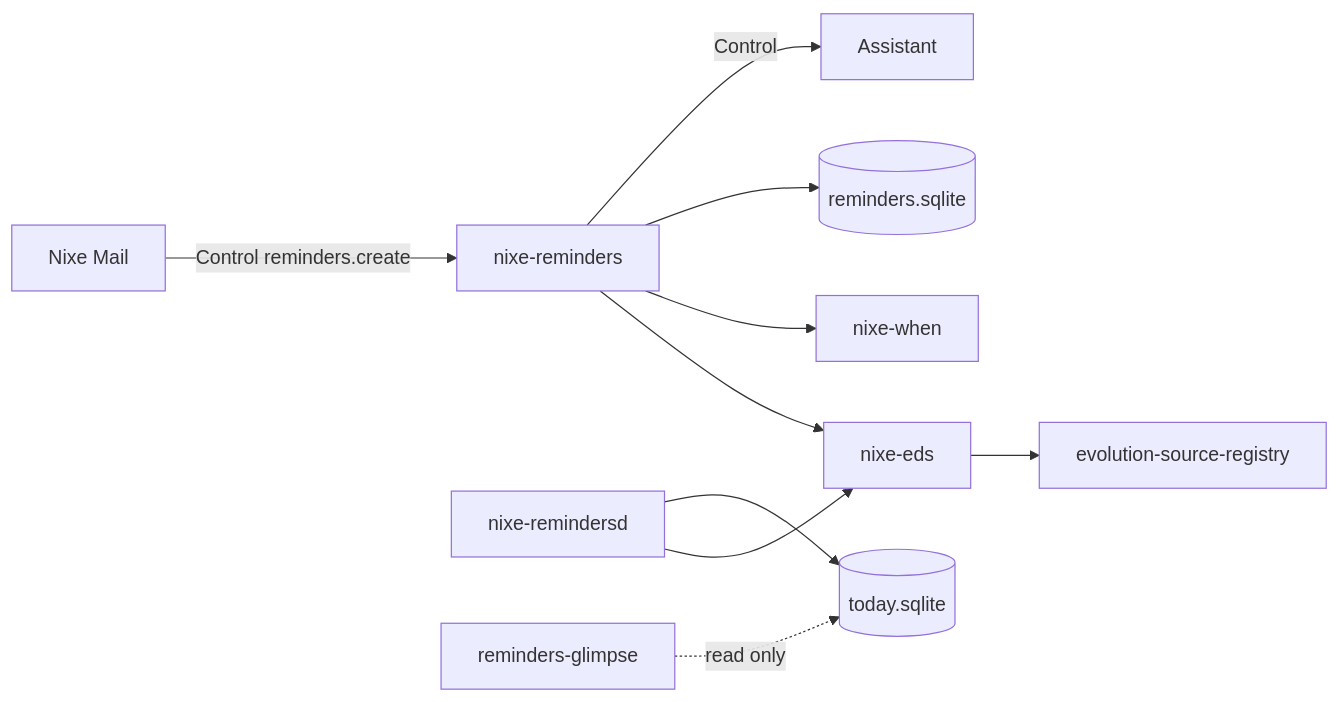
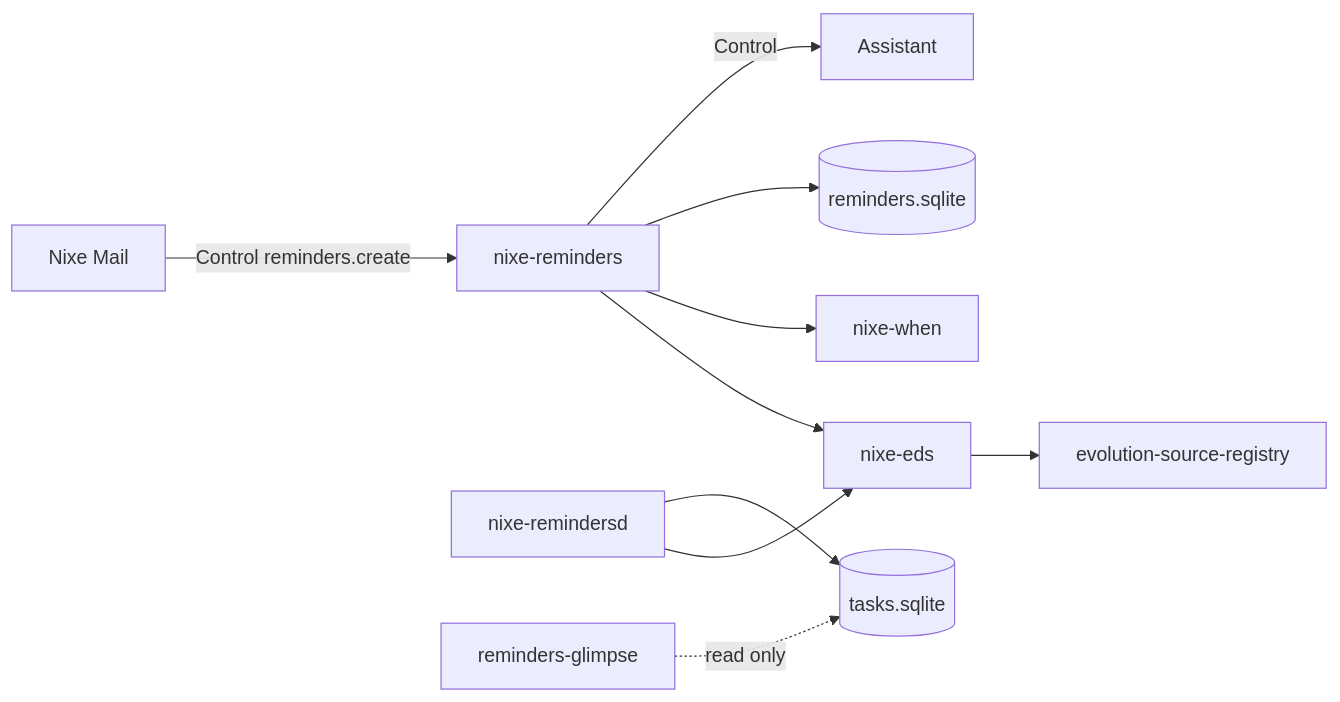
The diagram in docs/ARCHITECTURE.md (design-nexus/nixe-reminders), drawn with Mermaid before and after one commit. The commit also changed other lines of this file and 46 other files, not shown here.

````diff
--- a/docs/ARCHITECTURE.md
+++ b/docs/ARCHITECTURE.md
@@ -3,12 +3,12 @@
 ```mermaid
 flowchart LR
   UI[nixe-reminders] --> Eds[nixe-eds]
   Remd[nixe-remindersd] --> Eds
   Eds --> Reg[evolution-source-registry]
   UI --> When[nixe-when]
   UI --> Side[(reminders.sqlite)]
-  Remd --> Today[(today.sqlite)]
-  Glimpse[reminders-glimpse] -.read only.-> Today
+  Remd --> Tasks[(tasks.sqlite)]
+  Glimpse[reminders-glimpse] -.read only.-> Tasks
   UI -->|Control| Assistant
   Mail[Nixe Mail] -->|Control reminders.create| UI
 ```
````
